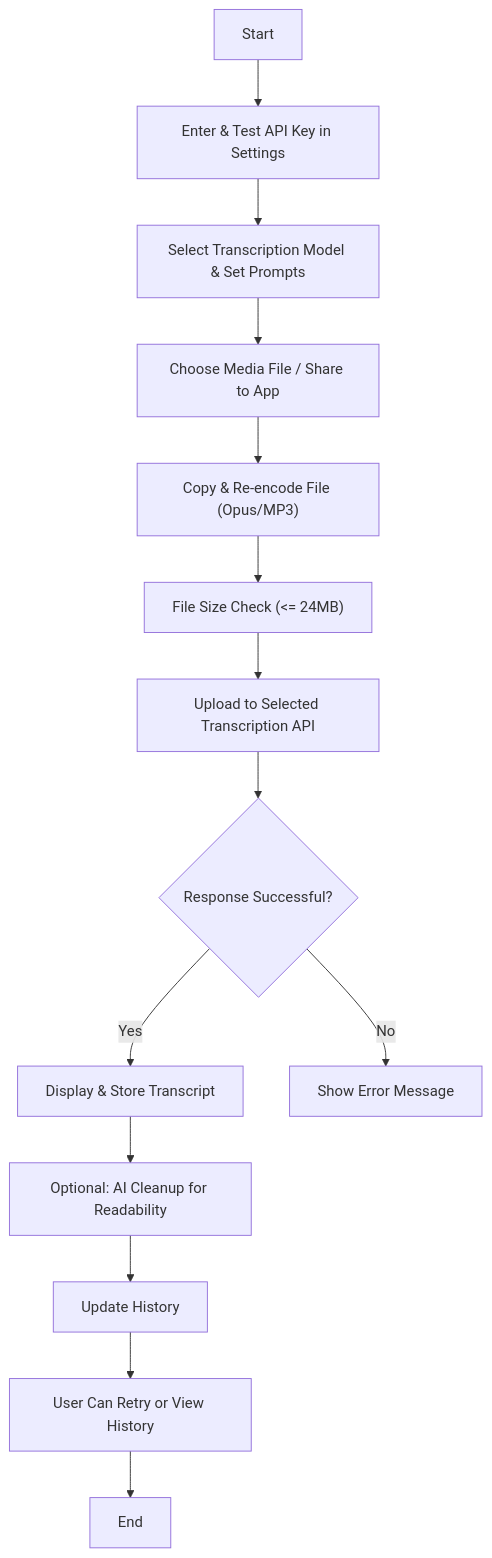
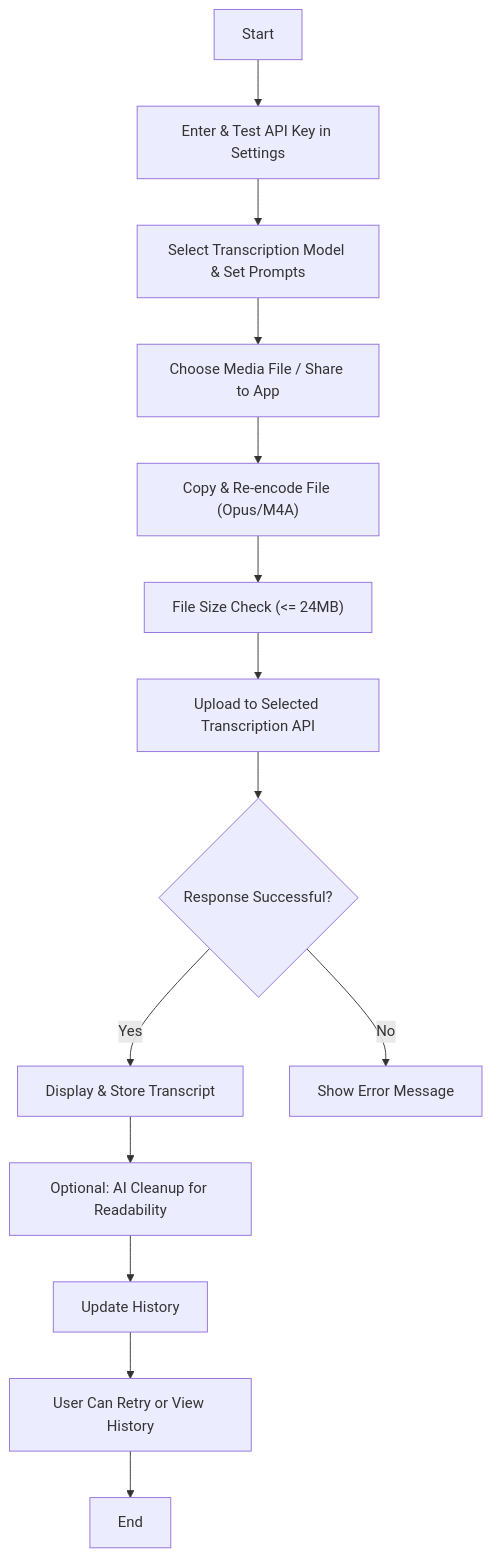
The diagram in README.md (dhcgn/AIAudioTranscription), drawn with Mermaid before and after one commit. The commit also changed other lines of this file and 3 other files, not shown here.

````diff
--- a/README.md
+++ b/README.md
@@ -70,16 +70,16 @@
 ```mermaid
 graph TD
     A[Start] --> B[Enter & Test API Key in Settings]
     B --> C[Select Transcription Model & Set Prompts]
     C --> D[Choose Media File / Share to App]
-    D --> E["Copy & Re-encode File (Opus/MP3)"]
+    D --> E["Copy & Re-encode File (Opus/M4A)"]
     E --> F["File Size Check (<= 24MB)"]
     F --> G[Upload to Selected Transcription API]
     G --> H{Response Successful?}
     H -- Yes --> I[Display & Store Transcript]
     I --> J[Optional: AI Cleanup for Readability]
     J --> K[Update History]
     H -- No --> L[Show Error Message]
     K --> M[User Can Retry or View History]
     M --> N[End]
 ```
````
